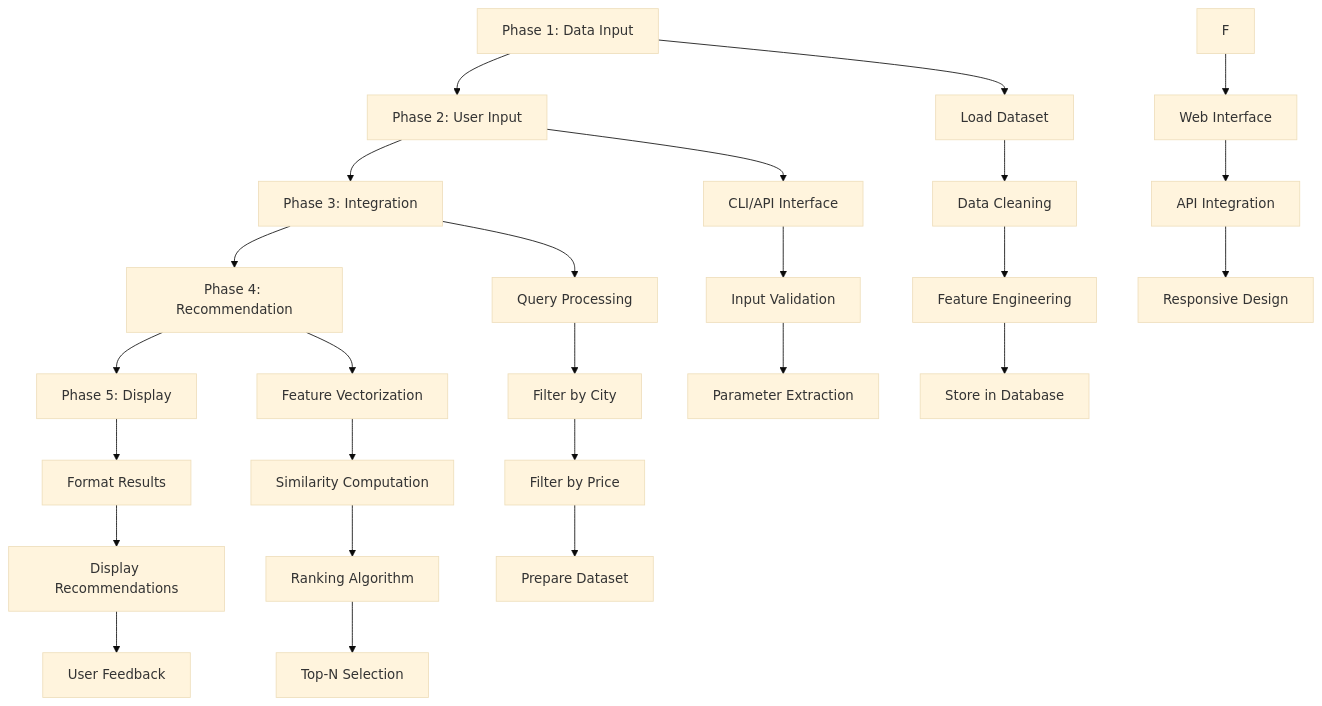
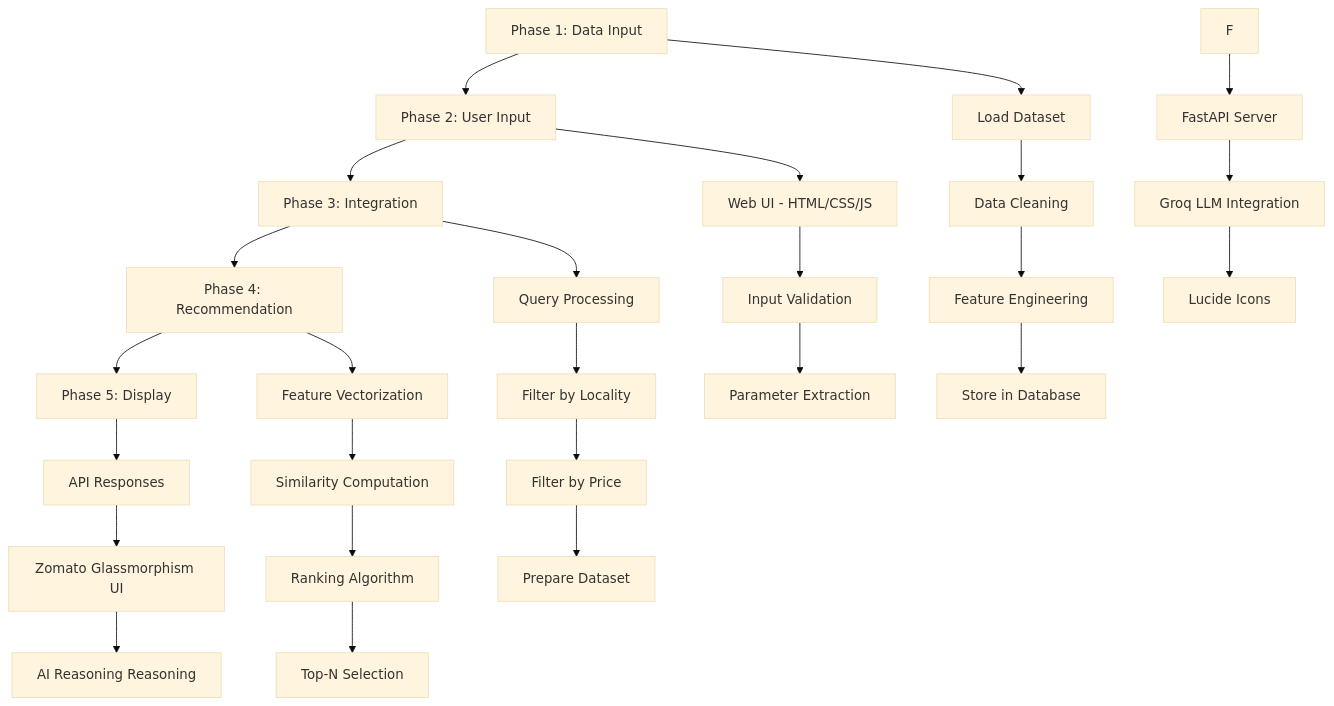
Before and after one commit to settilekhya-dotcom/zomato-recomendations-prototype: the diagram in architecture.md, drawn with Mermaid (base theme). The commit also changed other lines of this file and 9 other files, not shown here.

Commit message:
Final cleanup: Removed Streamlit and temporary test scripts. Sticking with FastAPI glassmorphism UI.

````diff
--- a/architecture.md
+++ b/architecture.md
@@ -22,35 +22,35 @@
 ```mermaid
 graph TD
     A[Phase 1: Data Input] --> B[Phase 2: User Input]
     B --> C[Phase 3: Integration]
     C --> D[Phase 4: Recommendation]
     D --> E[Phase 5: Display]
     
     A1[Load Dataset] --> A2[Data Cleaning]
     A2 --> A3[Feature Engineering]
     A3 --> A4[Store in Database]
     
-    B1[CLI/API Interface] --> B2[Input Validation]
+    B1[Web UI - HTML/CSS/JS] --> B2[Input Validation]
     B2 --> B3[Parameter Extraction]
     
-    C1[Query Processing] --> C2[Filter by City]
+    C1[Query Processing] --> C2[Filter by Locality]
     C2 --> C3[Filter by Price]
     C3 --> C4[Prepare Dataset]
     
     D1[Feature Vectorization] --> D2[Similarity Computation]
     D2 --> D3[Ranking Algorithm]
     D3 --> D4[Top-N Selection]
     
-    E1[Format Results] --> E2[Display Recommendations]
-    E2 --> E3[User Feedback]
+    E1[API Responses] --> E2[Zomato Glassmorphism UI]
+    E2 --> E3[AI Reasoning Reasoning]
     
-    F1[Web Interface] --> F2[API Integration]
-    F2 --> F3[Responsive Design]
+    F1[FastAPI Server] --> F2[Groq LLM Integration]
+    F2 --> F3[Lucide Icons]
     
     A --> A1
     B --> B1
     C --> C1
     D --> D1
     E --> E1
     F --> F1
 ```
````
